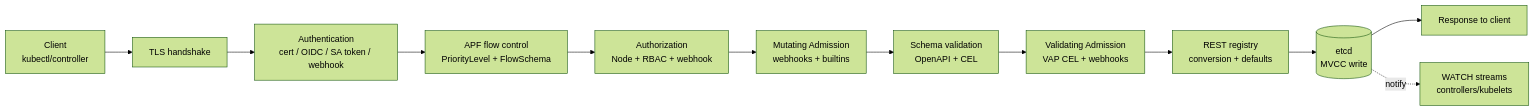
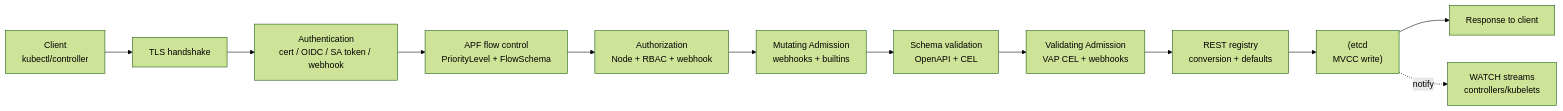
One commit to srinivaskona7/devops-learning changed the first of 2 diagrams in 09-interview-prep/03-kubernetes-internals/api-server-flow.md. Above: the diagram before and after it, drawn with Mermaid (forest theme). The commit also changed 220 other files, not shown here.

````diff
--- a/09-interview-prep/03-kubernetes-internals/api-server-flow.md
+++ b/09-interview-prep/03-kubernetes-internals/api-server-flow.md
@@ -16,14 +16,14 @@
 ```mermaid
 flowchart LR
-    C[Client<br/>kubectl/controller] --> TLS[TLS handshake]
-    TLS --> AUTHN[Authentication<br/>cert / OIDC / SA token / webhook]
-    AUTHN --> APF[APF flow control<br/>PriorityLevel + FlowSchema]
-    APF --> AUTHZ[Authorization<br/>Node + RBAC + webhook]
-    AUTHZ --> MUT[Mutating Admission<br/>webhooks + builtins]
-    MUT --> SCHEMA[Schema validation<br/>OpenAPI + CEL]
-    SCHEMA --> VAL[Validating Admission<br/>VAP CEL + webhooks]
-    VAL --> REG[REST registry<br/>conversion + defaults]
-    REG --> ETCD[(etcd<br/>MVCC write)]
+    C["Client<br/>kubectl/controller"] --> TLS[TLS handshake]
+    TLS --> AUTHN["Authentication<br/>cert / OIDC / SA token / webhook"]
+    AUTHN --> APF["APF flow control<br/>PriorityLevel + FlowSchema"]
+    APF --> AUTHZ["Authorization<br/>Node + RBAC + webhook"]
+    AUTHZ --> MUT["Mutating Admission<br/>webhooks + builtins"]
+    MUT --> SCHEMA["Schema validation<br/>OpenAPI + CEL"]
+    SCHEMA --> VAL["Validating Admission<br/>VAP CEL + webhooks"]
+    VAL --> REG["REST registry<br/>conversion + defaults"]
+    REG --> ETCD["(etcd<br/>MVCC write)"]
     ETCD --> RESP[Response to client]
-    ETCD -.notify.-> WATCH[WATCH streams<br/>controllers/kubelets]
+    ETCD -.notify.-> WATCH["WATCH streams<br/>controllers/kubelets"]
 ```
````
